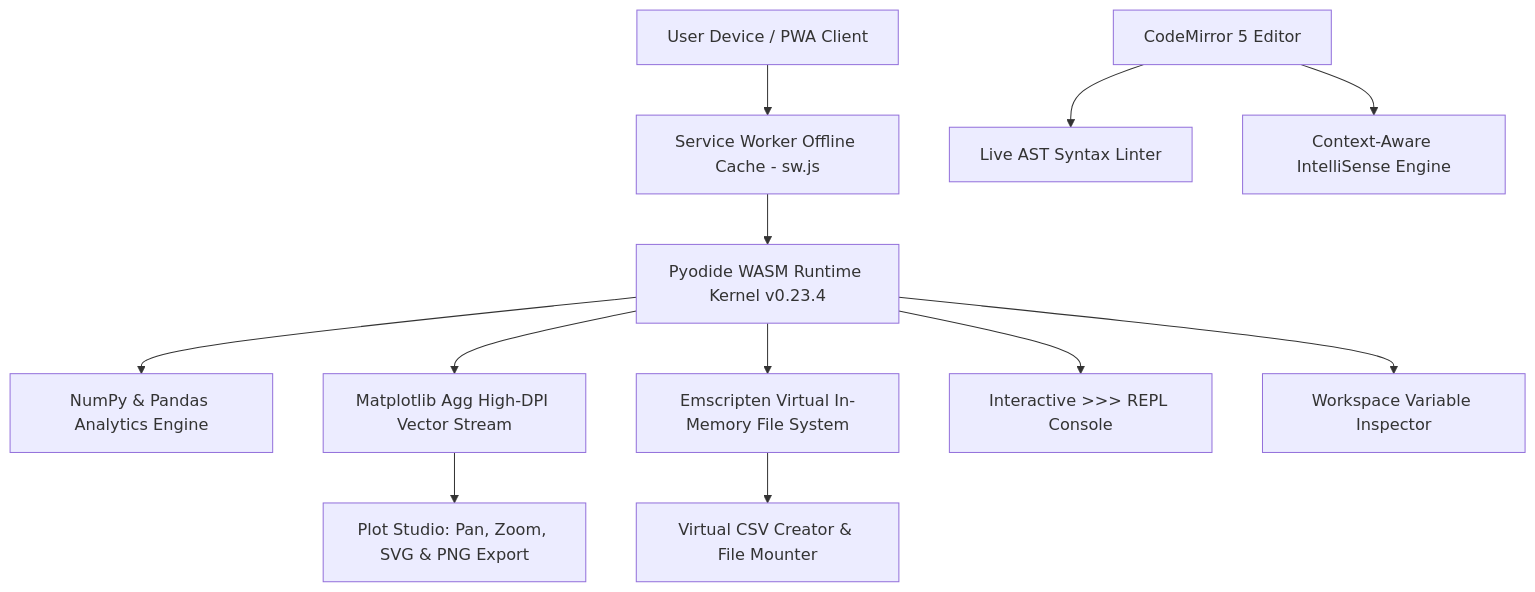
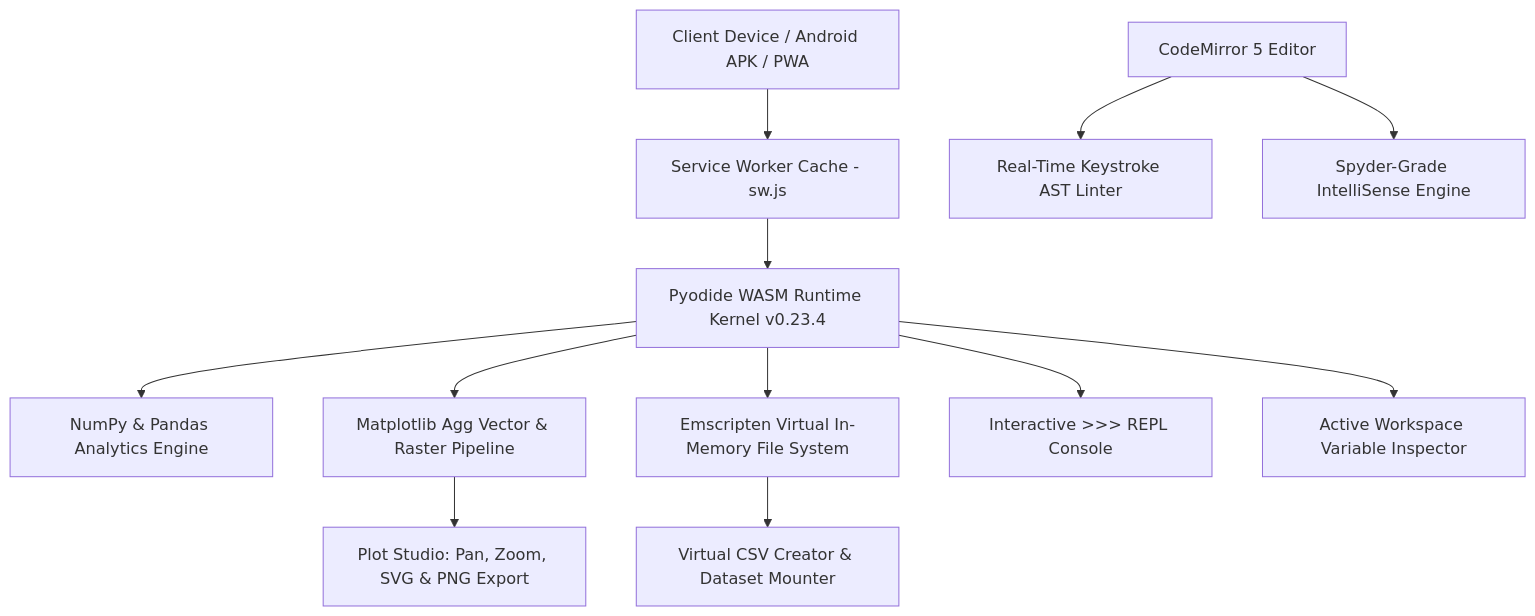
The diagram in README.md (shadow-wave/Omni-pro), drawn with Mermaid before and after one commit. The commit also changed other lines of this file, not shown here.

````diff
--- a/README.md
+++ b/README.md
@@ -34,16 +35,16 @@
 ```mermaid
 graph TD
-    A[User Device / PWA Client] --> B[Service Worker Offline Cache - sw.js]
+    A[Client Device / Android APK / PWA] --> B[Service Worker Cache - sw.js]
     B --> C[Pyodide WASM Runtime Kernel v0.23.4]
     C --> D[NumPy & Pandas Analytics Engine]
-    C --> E[Matplotlib Agg High-DPI Vector Stream]
+    C --> E[Matplotlib Agg Vector & Raster Pipeline]
     C --> F[Emscripten Virtual In-Memory File System]
     
-    G[CodeMirror 5 Editor] --> H[Live AST Syntax Linter]
-    G --> I[Context-Aware IntelliSense Engine]
+    G[CodeMirror 5 Editor] --> H[Real-Time Keystroke AST Linter]
+    G --> I[Spyder-Grade IntelliSense Engine]
     
     C --> J[Interactive >>> REPL Console]
-    C --> K[Workspace Variable Inspector]
+    C --> K[Active Workspace Variable Inspector]
     E --> L[Plot Studio: Pan, Zoom, SVG & PNG Export]
-    F --> M[Virtual CSV Creator & File Mounter]
+    F --> M[Virtual CSV Creator & Dataset Mounter]
 ```
````
